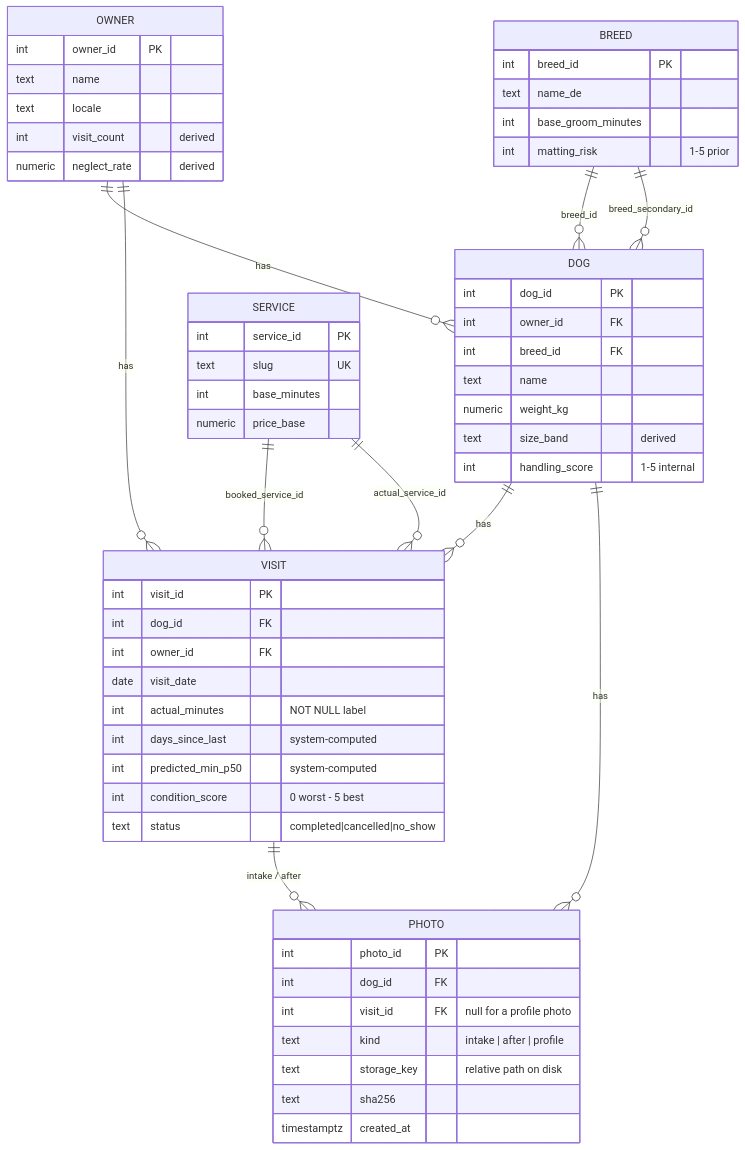
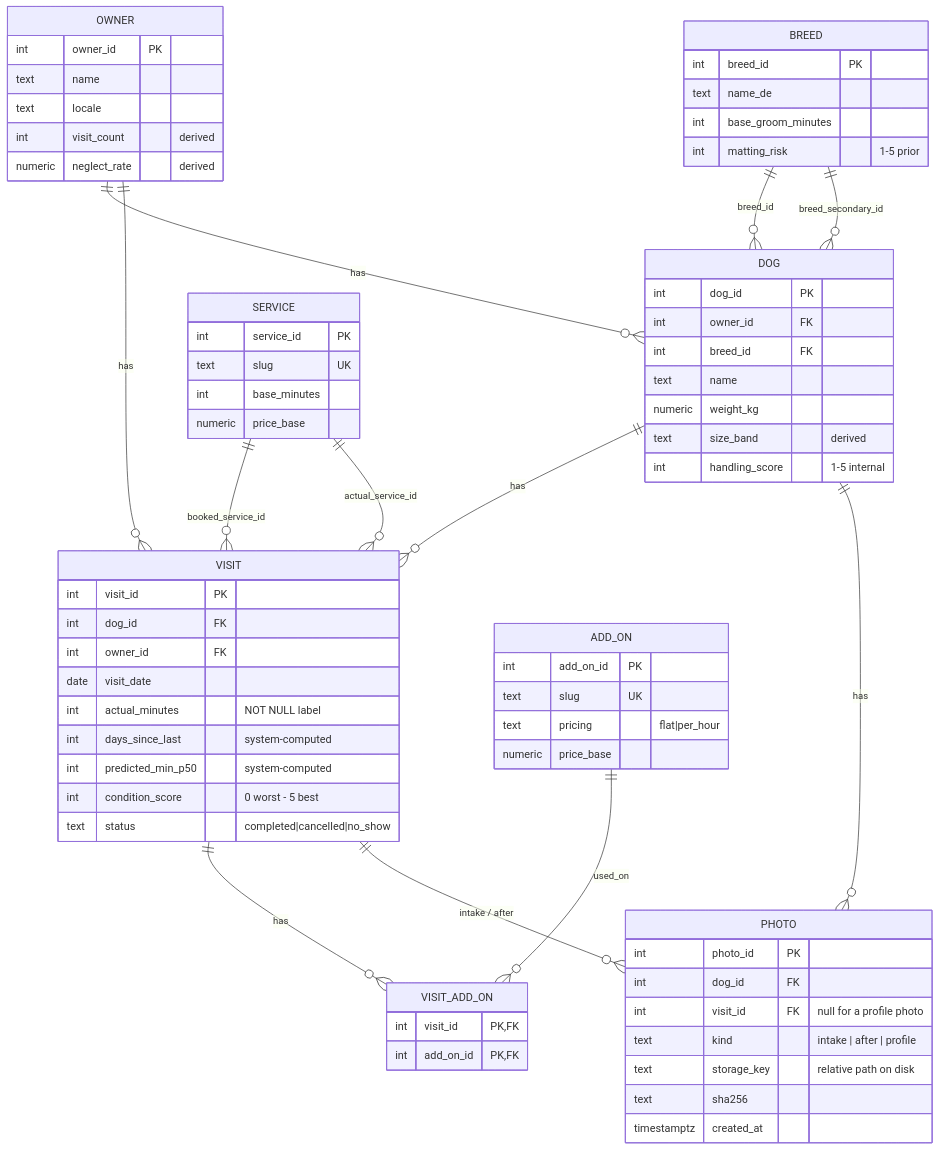
The diagram in docs/architecture/schema.md (BOYSABIO/muttmetrics), drawn with Mermaid before and after one commit. The commit also changed other lines of this file and 27 other files, not shown here.

````diff
--- a/docs/architecture/schema.md
+++ b/docs/architecture/schema.md
@@ -9,66 +9,80 @@
 ```mermaid
 erDiagram
     OWNER ||--o{ DOG : "has"
     DOG ||--o{ VISIT : "has"
     OWNER ||--o{ VISIT : "has"
     BREED ||--o{ DOG : "breed_id"
     BREED ||--o{ DOG : "breed_secondary_id"
     SERVICE ||--o{ VISIT : "booked_service_id"
     SERVICE ||--o{ VISIT : "actual_service_id"
+    ADD_ON ||--o{ VISIT_ADD_ON : "used_on"
+    VISIT ||--o{ VISIT_ADD_ON : "has"
     DOG ||--o{ PHOTO : "has"
     VISIT ||--o{ PHOTO : "intake / after"
 
     OWNER {
         int owner_id PK
         text name
         text locale
         int visit_count "derived"
         numeric neglect_rate "derived"
     }
 
     DOG {
         int dog_id PK
         int owner_id FK
         int breed_id FK
         text name
         numeric weight_kg
         text size_band "derived"
         int handling_score "1-5 internal"
     }
 
     VISIT {
         int visit_id PK
         int dog_id FK
         int owner_id FK
         date visit_date
         int actual_minutes "NOT NULL label"
         int days_since_last "system-computed"
         int predicted_min_p50 "system-computed"
         int condition_score "0 worst - 5 best"
         text status "completed|cancelled|no_show"
     }
 
     BREED {
         int breed_id PK
         text name_de
         int base_groom_minutes
         int matting_risk "1-5 prior"
     }
 
     SERVICE {
         int service_id PK
         text slug UK
         int base_minutes
         numeric price_base
     }
 
+    ADD_ON {
+        int add_on_id PK
+        text slug UK
+        text pricing "flat|per_hour"
+        numeric price_base
+    }
+
+    VISIT_ADD_ON {
+        int visit_id PK,FK
+        int add_on_id PK,FK
+    }
+
     PHOTO {
         int photo_id PK
         int dog_id FK
         int visit_id FK "null for a profile photo"
         text kind "intake | after | profile"
         text storage_key "relative path on disk"
         text sha256
         timestamptz created_at
     }
 ```
````
